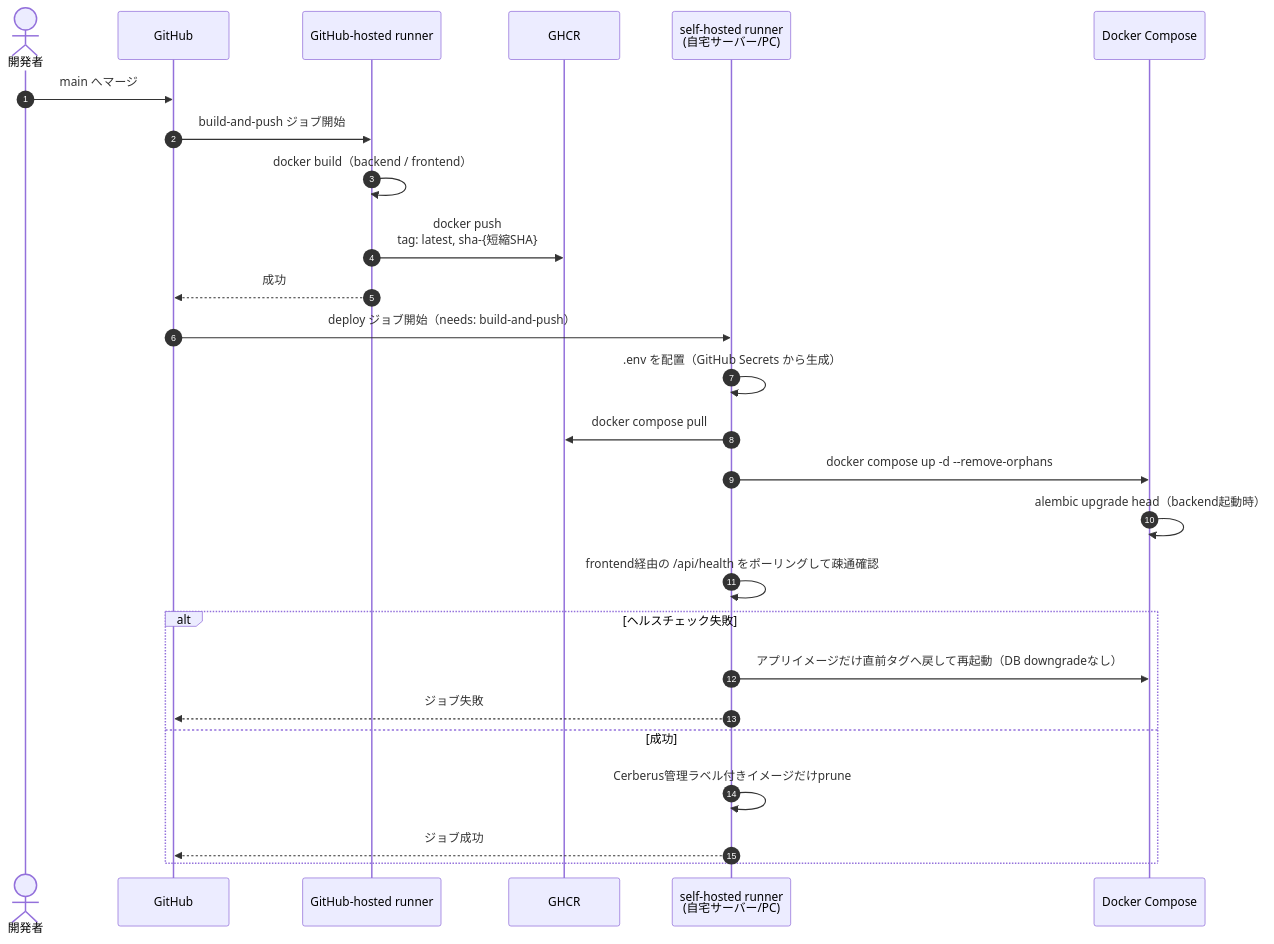
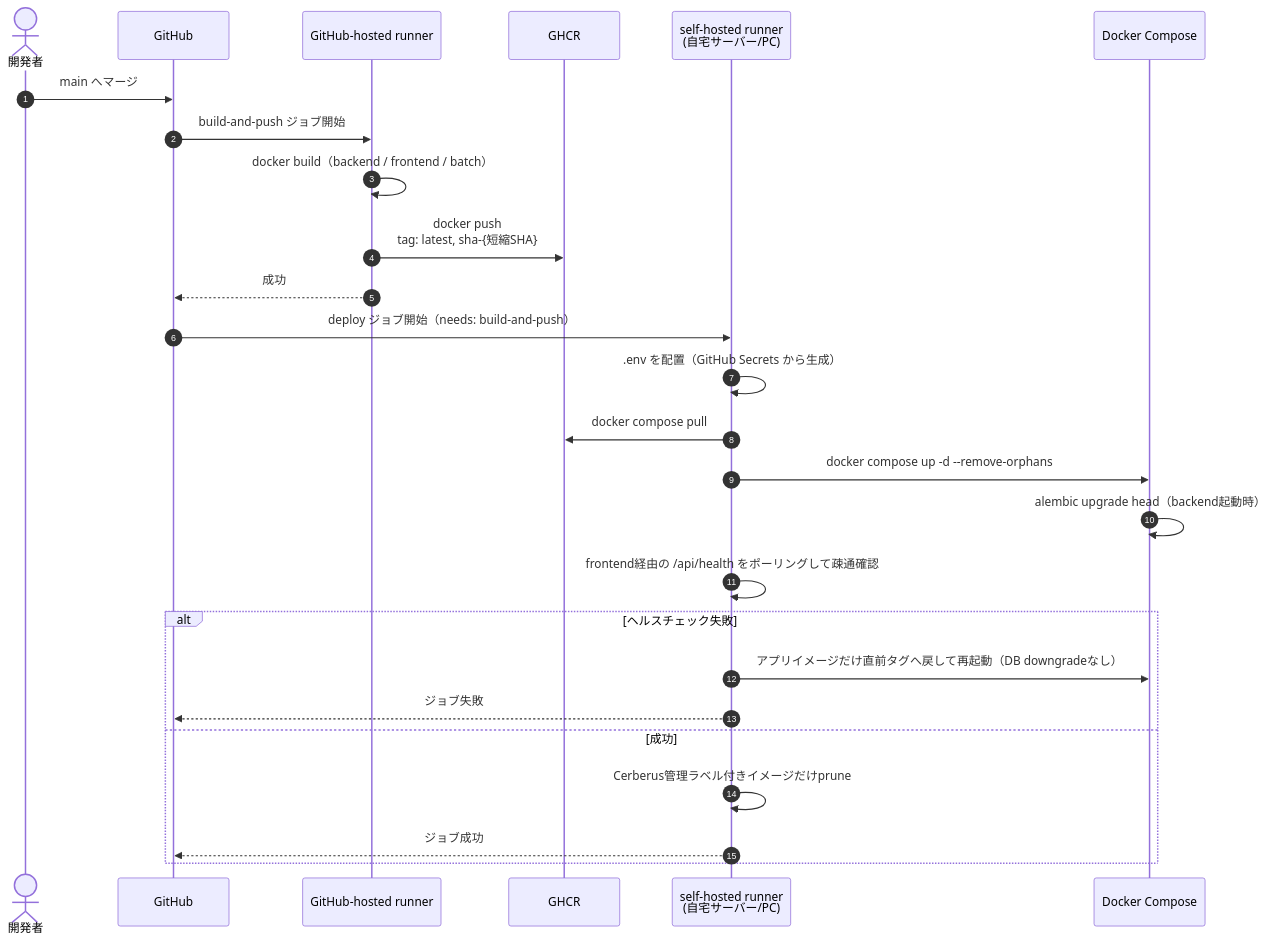
Before and after one commit to oikawa-d/task_management: the third of 3 diagrams in basic_design/06_infra_cicd.md, drawn with Mermaid. The commit also changed other lines of this file and 6 other files, not shown here.

````diff
--- a/basic_design/06_infra_cicd.md
+++ b/basic_design/06_infra_cicd.md
@@ -224,29 +270,29 @@
 ```mermaid
 sequenceDiagram
     autonumber
     actor DEV as 開発者
     participant GH as GitHub
     participant RUN as GitHub-hosted runner
     participant GHCR as GHCR
     participant SELF as self-hosted runner<br/>(自宅サーバー/PC)
     participant DC as Docker Compose
 
     DEV->>GH: main へマージ
     GH->>RUN: build-and-push ジョブ開始
-    RUN->>RUN: docker build（backend / frontend）
+    RUN->>RUN: docker build（backend / frontend / batch）
     RUN->>GHCR: docker push<br/>tag: latest, sha-{短縮SHA}
     RUN-->>GH: 成功
     GH->>SELF: deploy ジョブ開始（needs: build-and-push）
     SELF->>SELF: .env を配置（GitHub Secrets から生成）
     SELF->>GHCR: docker compose pull
     SELF->>DC: docker compose up -d --remove-orphans
     DC->>DC: alembic upgrade head（backend起動時）
     SELF->>SELF: frontend経由の /api/health をポーリングして疎通確認
     alt ヘルスチェック失敗
         SELF->>DC: アプリイメージだけ直前タグへ戻して再起動（DB downgradeなし）
         SELF-->>GH: ジョブ失敗
     else 成功
         SELF->>SELF: Cerberus管理ラベル付きイメージだけprune
         SELF-->>GH: ジョブ成功
     end
 ```
````
